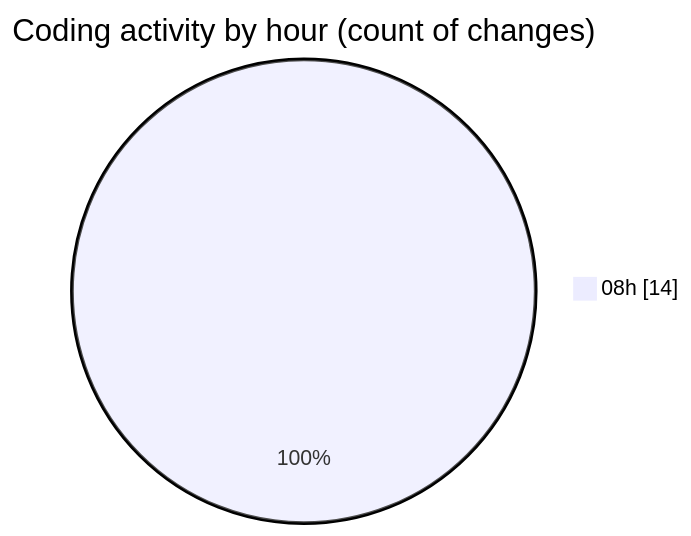
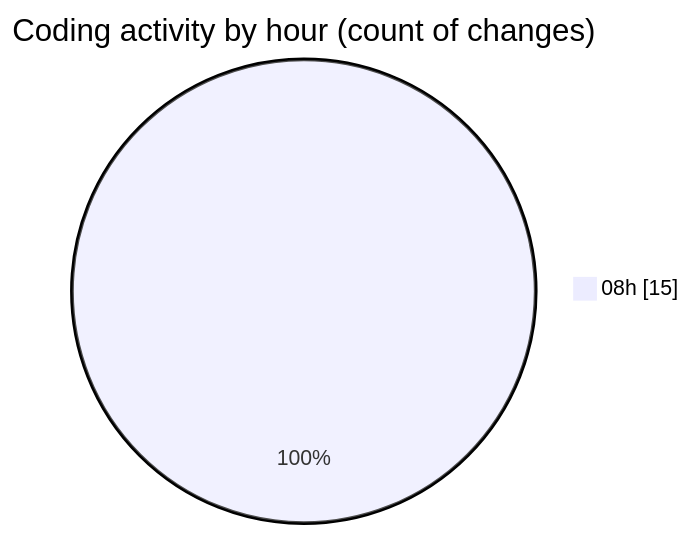
The second of 2 diagrams in 2025-05-09/scripts__workspace_/README.md (earendildev/code-tracking), drawn with Mermaid before and after one commit. The commit also changed other lines of this file and 1 other file, not shown here.

````diff
--- a/2025-05-09/scripts__workspace_/README.md
+++ b/2025-05-09/scripts__workspace_/README.md
@@ -34,5 +34,5 @@
 ```mermaid
 pie showData
 title Coding activity by hour (count of changes)
-"08h" : 14
+"08h" : 15
 ```
````
